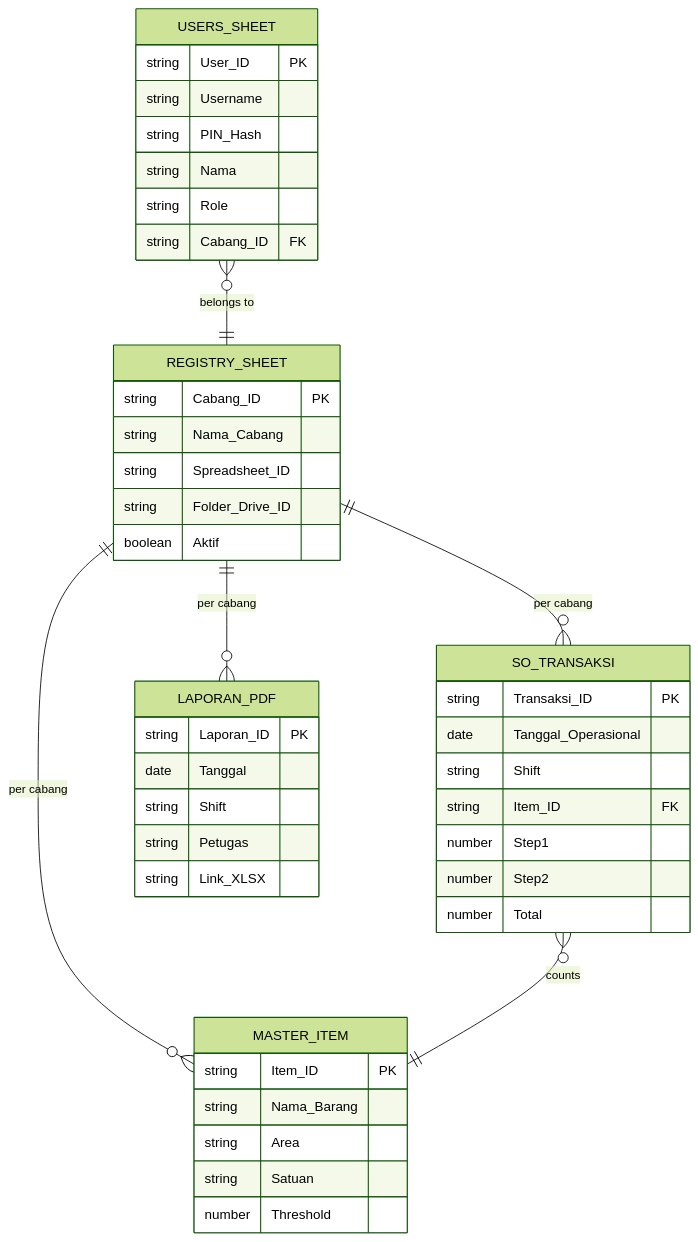
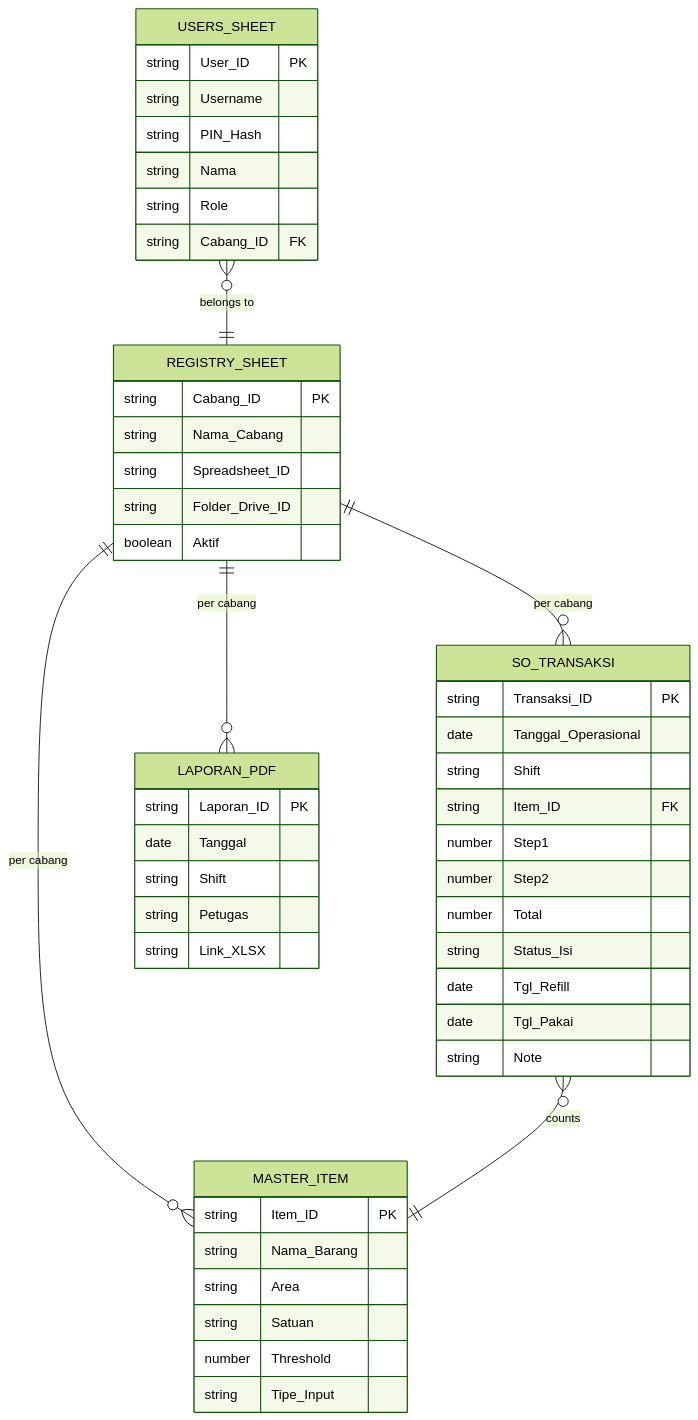
One commit to myGroomy/stokis-app changed the fifth of 8 diagrams in docs/architecture.md. Above: the diagram before and after it, drawn with Mermaid (forest theme). The commit also changed other lines of this file and 2 other files, not shown here.

Commit message:
docs: document dynamic input types (Tipe_Input) and report Note

````diff
--- a/docs/architecture.md
+++ b/docs/architecture.md
@@ -131,51 +131,56 @@
 ```mermaid
 erDiagram
     REGISTRY_SHEET {
         string Cabang_ID PK
         string Nama_Cabang
         string Spreadsheet_ID
         string Folder_Drive_ID
         boolean Aktif
     }
 
     USERS_SHEET {
         string User_ID PK
         string Username
         string PIN_Hash
         string Nama
         string Role
         string Cabang_ID FK
     }
 
     MASTER_ITEM {
         string Item_ID PK
         string Nama_Barang
         string Area
         string Satuan
         number Threshold
+        string Tipe_Input
     }
 
     SO_TRANSAKSI {
         string Transaksi_ID PK
         date Tanggal_Operasional
         string Shift
         string Item_ID FK
         number Step1
         number Step2
         number Total
+        string Status_Isi
+        date Tgl_Refill
+        date Tgl_Pakai
+        string Note
     }
 
     LAPORAN_PDF {
         string Laporan_ID PK
         date Tanggal
         string Shift
         string Petugas
         string Link_XLSX
     }
 
     REGISTRY_SHEET ||--o{ MASTER_ITEM : "per cabang"
     REGISTRY_SHEET ||--o{ SO_TRANSAKSI : "per cabang"
     REGISTRY_SHEET ||--o{ LAPORAN_PDF : "per cabang"
     USERS_SHEET }o--|| REGISTRY_SHEET : "belongs to"
     SO_TRANSAKSI }o--|| MASTER_ITEM : "counts"
 ```
````
